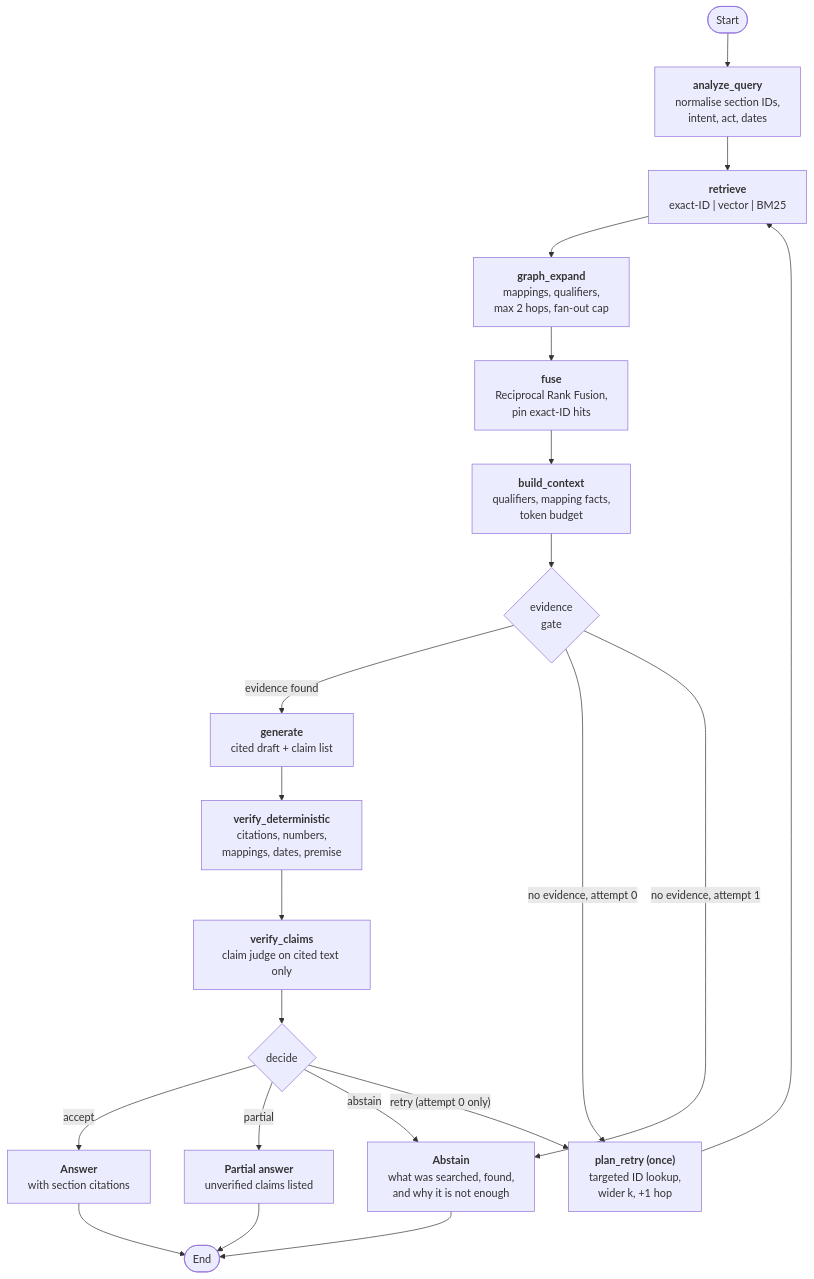
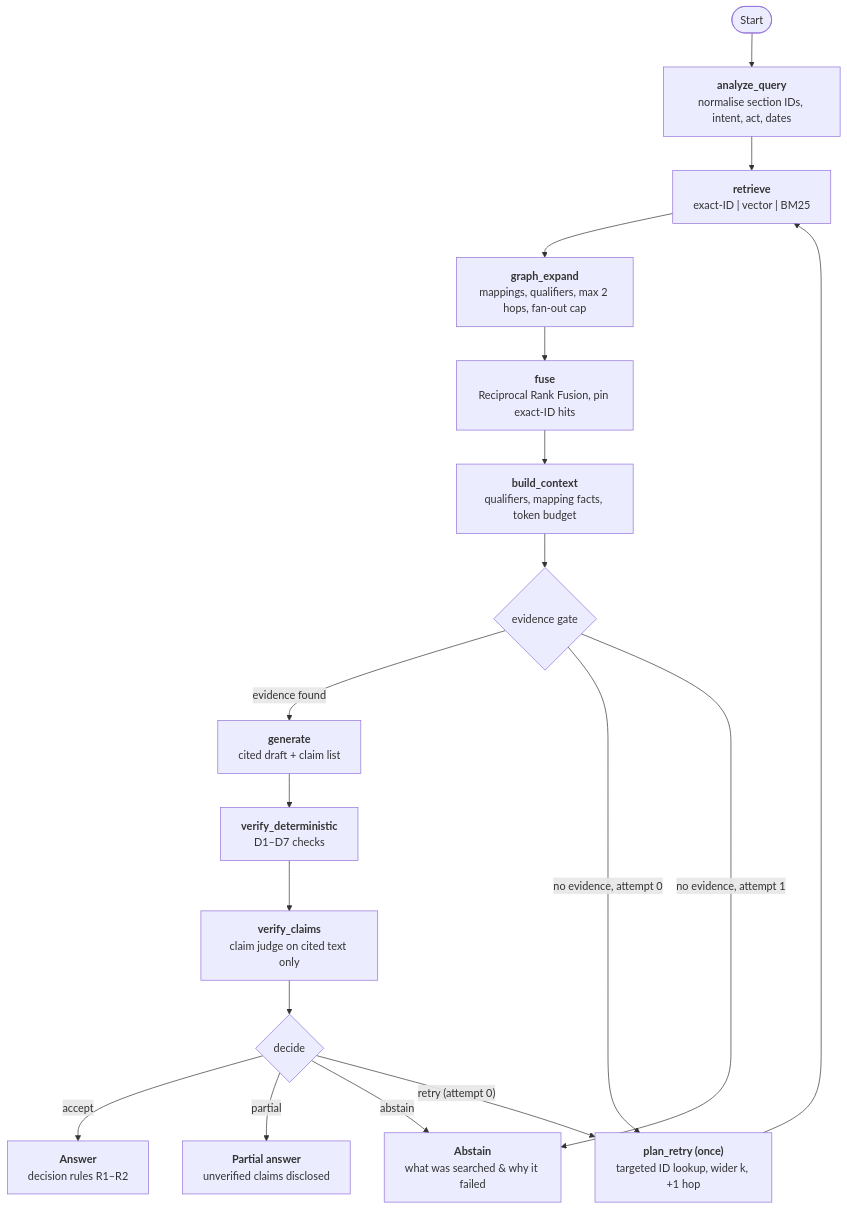
Before and after one commit to Shreya-13092006/legal_assistant_RAG: the fourth of 4 diagrams in README.md, drawn with Mermaid. The commit also changed other lines of this file and 19 other files, not shown here.

````diff
--- a/README.md
+++ b/README.md
@@ -157,27 +324,23 @@
 ```mermaid
 flowchart TD
-    Start([Start]) --> AQ["<b>analyze_query</b><br/>normalise section IDs,<br/>intent, act, dates"]
+    Start([Start]) --> AQ["<b>analyze_query</b><br/>normalise section IDs, intent, act, dates"]
     AQ --> R["<b>retrieve</b><br/>exact-ID | vector | BM25"]
-    R --> GX["<b>graph_expand</b><br/>mappings, qualifiers,<br/>max 2 hops, fan-out cap"]
-    GX --> F["<b>fuse</b><br/>Reciprocal Rank Fusion,<br/>pin exact-ID hits"]
-    F --> BC["<b>build_context</b><br/>qualifiers, mapping facts,<br/>token budget"]
-    BC --> EG{"evidence<br/>gate"}
+    R --> GX["<b>graph_expand</b><br/>mappings, qualifiers, max 2 hops, fan-out cap"]
+    GX --> F["<b>fuse</b><br/>Reciprocal Rank Fusion, pin exact-ID hits"]
+    F --> BC["<b>build_context</b><br/>qualifiers, mapping facts, token budget"]
+    BC --> EG{"evidence gate"}
 
     EG -- "evidence found" --> G["<b>generate</b><br/>cited draft + claim list"]
     EG -- "no evidence, attempt 0" --> PR
     EG -- "no evidence, attempt 1" --> AB
 
-    G --> VD["<b>verify_deterministic</b><br/>citations, numbers,<br/>mappings, dates, premise"]
+    G --> VD["<b>verify_deterministic</b><br/>D1–D7 checks"]
     VD --> VC["<b>verify_claims</b><br/>claim judge on cited text only"]
     VC --> D{"decide"}
 
-    D -- accept --> AN["<b>Answer</b><br/>with section citations"]
-    D -- partial --> PA["<b>Partial answer</b><br/>unverified claims listed"]
-    D -- abstain --> AB["<b>Abstain</b><br/>what was searched, found,<br/>and why it is not enough"]
-    D -- "retry (attempt 0 only)" --> PR["<b>plan_retry (once)</b><br/>targeted ID lookup,<br/>wider k, +1 hop"]
+    D -- accept --> AN["<b>Answer</b><br/>decision rules R1–R2"]
+    D -- partial --> PA["<b>Partial answer</b><br/>unverified claims disclosed"]
+    D -- abstain --> AB["<b>Abstain</b><br/>what was searched & why it failed"]
+    D -- "retry (attempt 0)" --> PR["<b>plan_retry (once)</b><br/>targeted ID lookup, wider k, +1 hop"]
     PR --> R
-
-    AN --> End([End])
-    PA --> End
-    AB --> End
 ```
````
